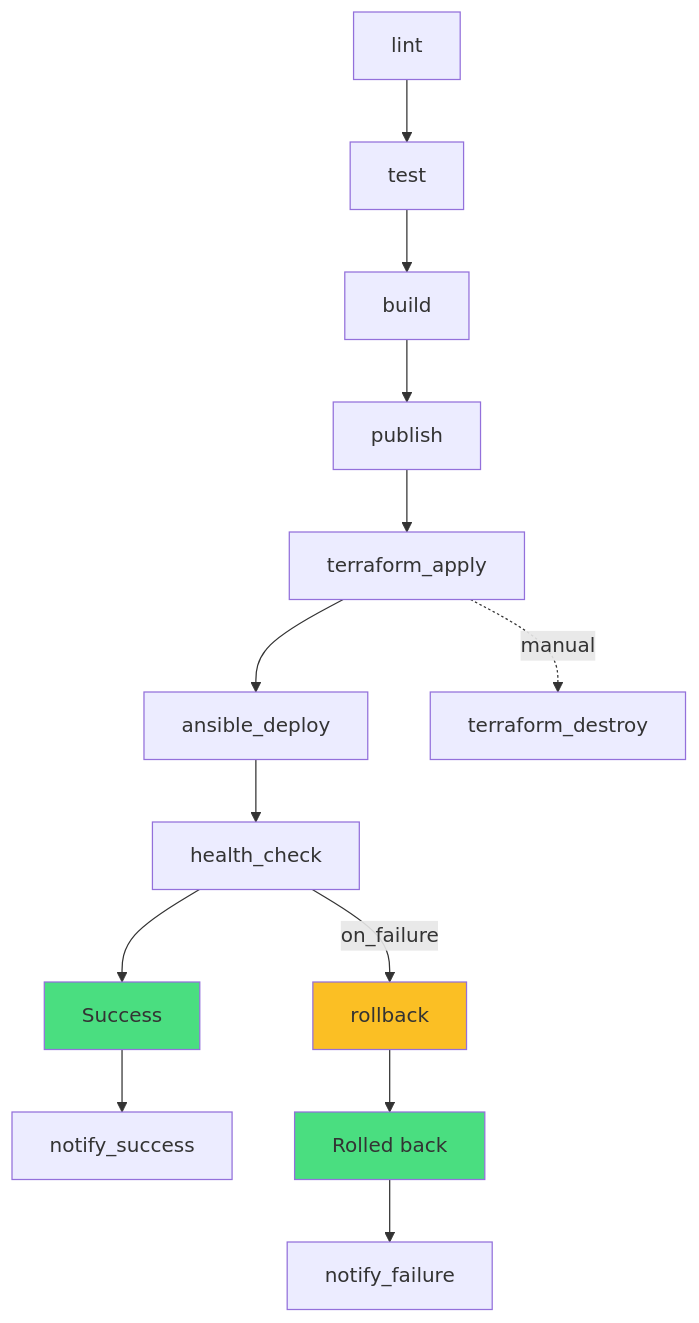
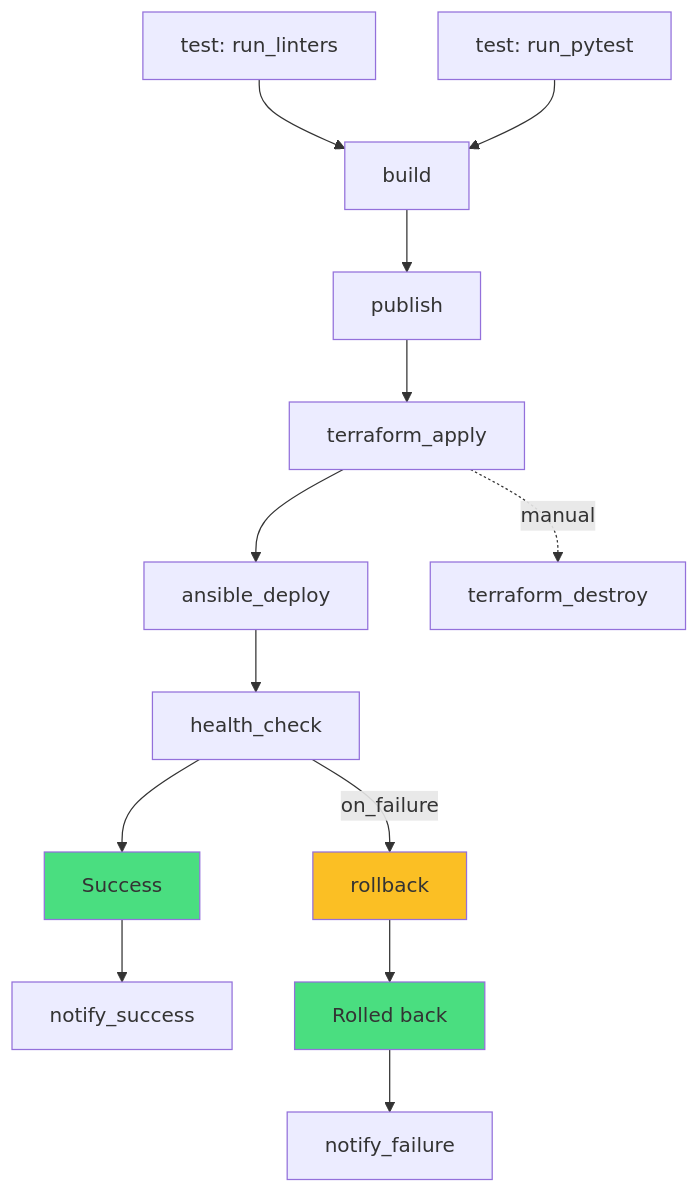
The diagram in README.md (AlexeyKuzko/devops_diploma), drawn with Mermaid before and after one commit. The commit also changed other lines of this file and 1 other file, not shown here.

````diff
--- a/README.md
+++ b/README.md
@@ -44,19 +44,19 @@
 ```mermaid
 flowchart TD
-    A[lint] --> B[test]
-    B --> C[build]
+    A[test: run_linters] --> C[build]
+    B[test: run_pytest] --> C
     C --> D[publish]
     D --> E[terraform_apply]
     E --> F[ansible_deploy]
     F --> G[health_check]
     G --> H[Success]
     H --> L[notify_success]
     G -->|on_failure| I[rollback]
     I --> J[Rolled back]
     J --> M[notify_failure]
     E -. manual .-> K[terraform_destroy]
 
     style H fill:#4ade80
     style J fill:#4ade80
     style I fill:#fbbf24
 ```
````
